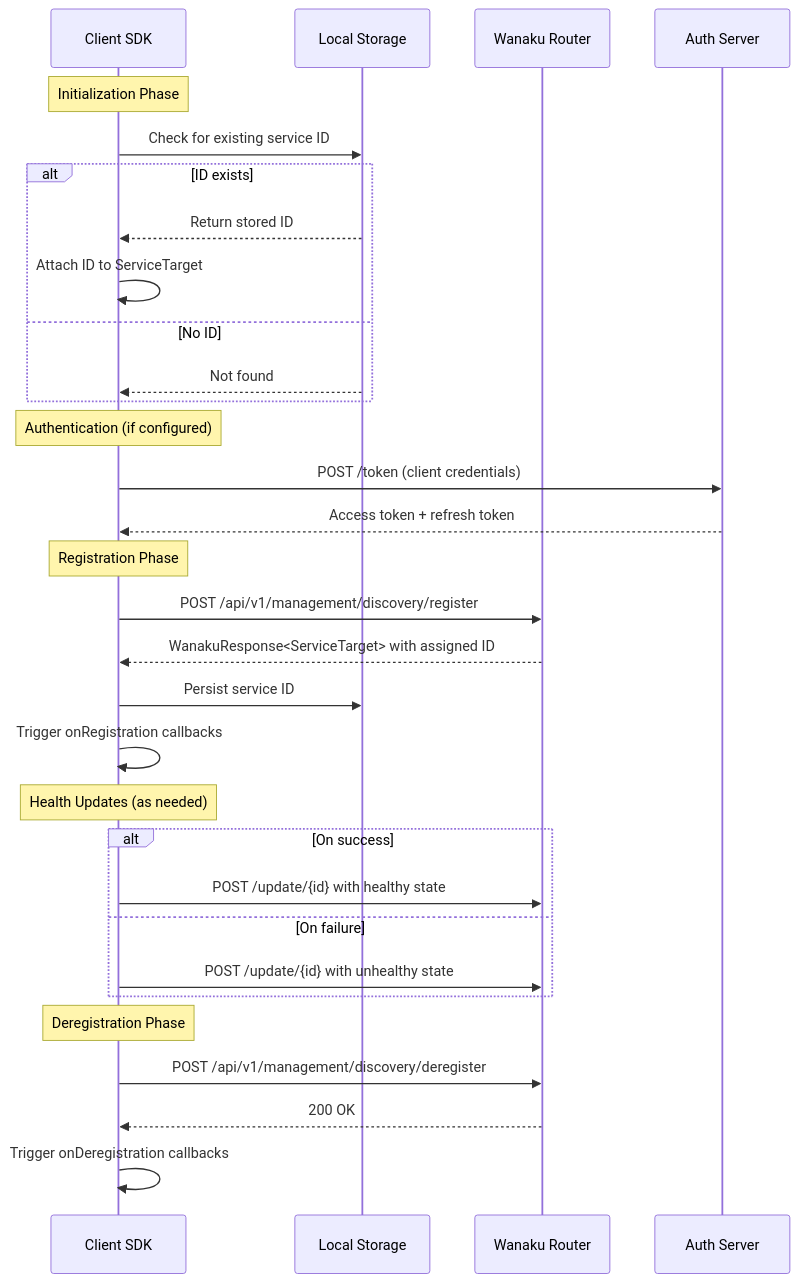
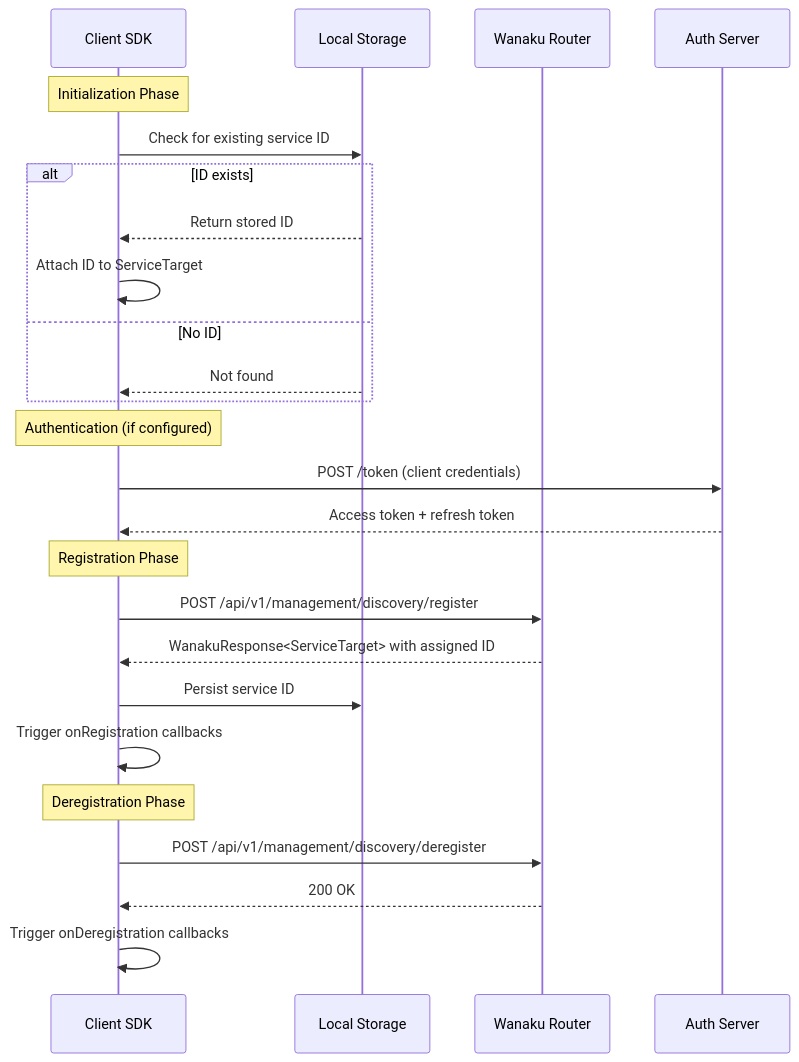
One commit to wanaku-ai/wanaku-capabilities-java-sdk changed the diagram in docs/client-registration-flow.md. Above: the diagram before and after it, drawn with Mermaid. The commit also changed other lines of this file and 3 other files, not shown here.

````diff
--- a/docs/client-registration-flow.md
+++ b/docs/client-registration-flow.md
@@ -75,38 +68,31 @@
 ```mermaid
 sequenceDiagram
     participant Client as Client SDK
     participant Storage as Local Storage
     participant Router as Wanaku Router
     participant Auth as Auth Server
 
     Note over Client: Initialization Phase
     Client->>Storage: Check for existing service ID
     alt ID exists
         Storage-->>Client: Return stored ID
         Client->>Client: Attach ID to ServiceTarget
     else No ID
         Storage-->>Client: Not found
     end
 
     Note over Client: Authentication (if configured)
     Client->>Auth: POST /token (client credentials)
     Auth-->>Client: Access token + refresh token
 
     Note over Client: Registration Phase
     Client->>Router: POST /api/v1/management/discovery/register
     Router-->>Client: WanakuResponse<ServiceTarget> with assigned ID
     Client->>Storage: Persist service ID
     Client->>Client: Trigger onRegistration callbacks
 
-    Note over Client: Health Updates (as needed)
-    alt On success
-        Client->>Router: POST /update/{id} with healthy state
-    else On failure
-        Client->>Router: POST /update/{id} with unhealthy state
-    end
-
     Note over Client: Deregistration Phase
     Client->>Router: POST /api/v1/management/discovery/deregister
     Router-->>Client: 200 OK
     Client->>Client: Trigger onDeregistration callbacks
 ```
````
